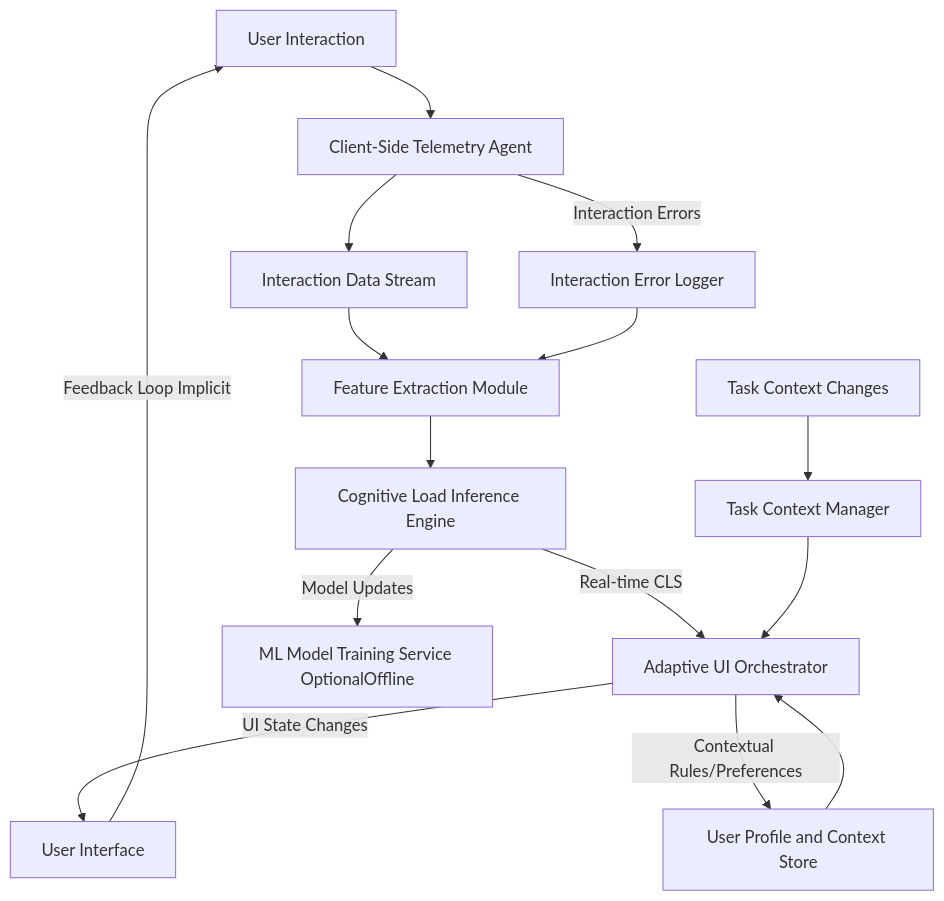
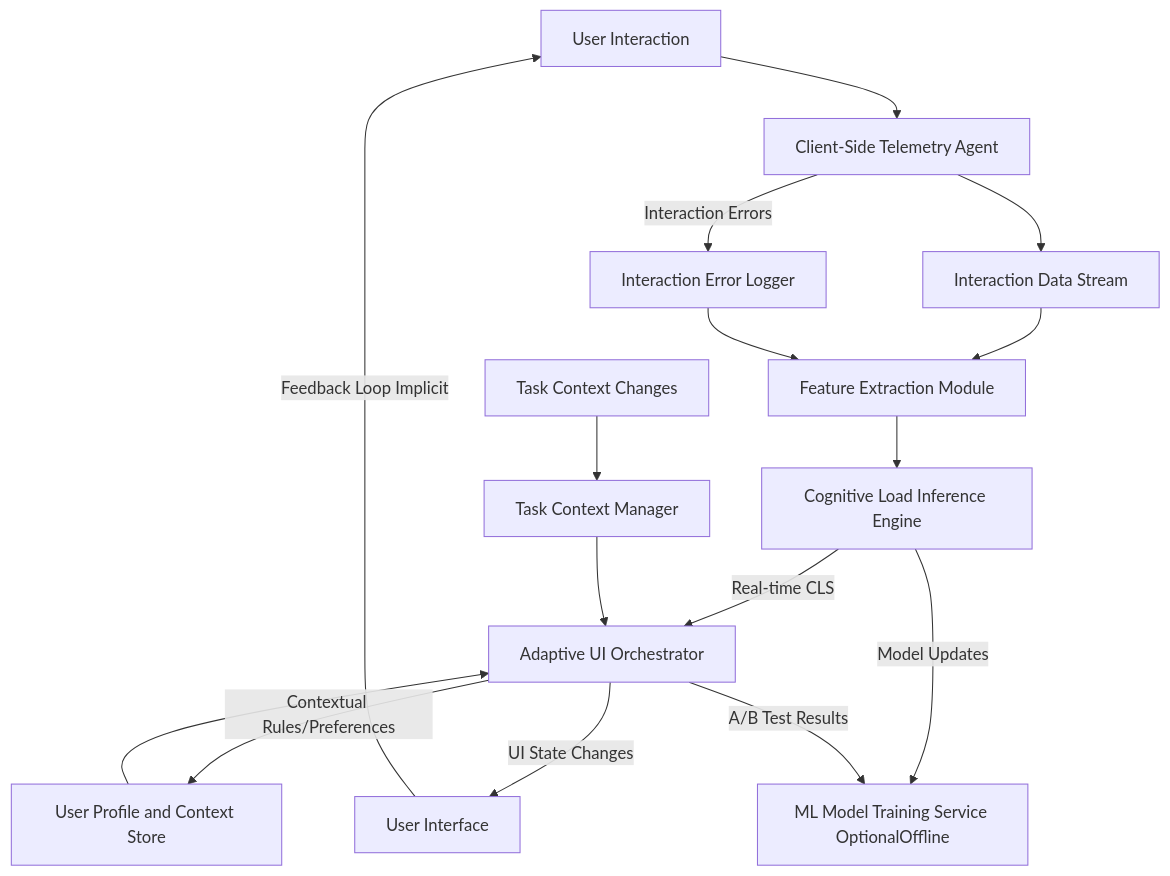
The first of 12 diagrams in inventions/011_cognitive_load_balancing.md (diplomat-bit/Citibank_Demo_Business_Inc_Demonstration-), drawn with Mermaid before and after one commit. The commit also changed other lines of this file, not shown here.

````diff
--- a/inventions/011_cognitive_load_balancing.md
+++ b/inventions/011_cognitive_load_balancing.md
@@ -37,17 +37,18 @@
 ```mermaid
 graph TD
     A[User Interaction] --> B[Client-Side Telemetry Agent];
     B --> C[Interaction Data Stream];
     C --> D[Feature Extraction Module];
     D --> E[Cognitive Load Inference Engine];
     E -- Real-time CLS --> F[Adaptive UI Orchestrator];
     F -- UI State Changes --> G[User Interface];
     G -- Feedback Loop Implicit --> A;
     E -- Model Updates --> H[ML Model Training Service OptionalOffline];
     F -- Contextual Rules/Preferences --> I[User Profile and Context Store];
     I --> F;
     J[Task Context Changes] --> K[Task Context Manager];
     K --> F;
     B -- Interaction Errors --> L[Interaction Error Logger];
     L --> D;
+    F -- A/B Test Results --> H;
 ```
````
